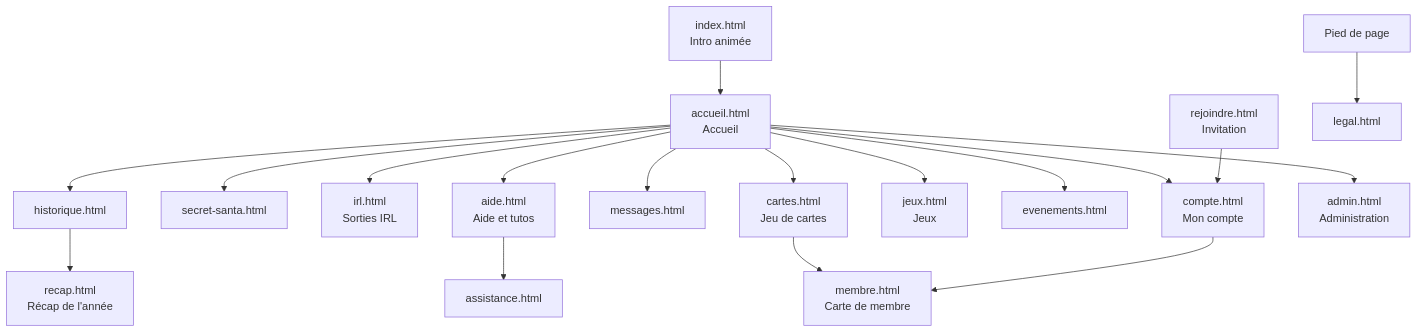
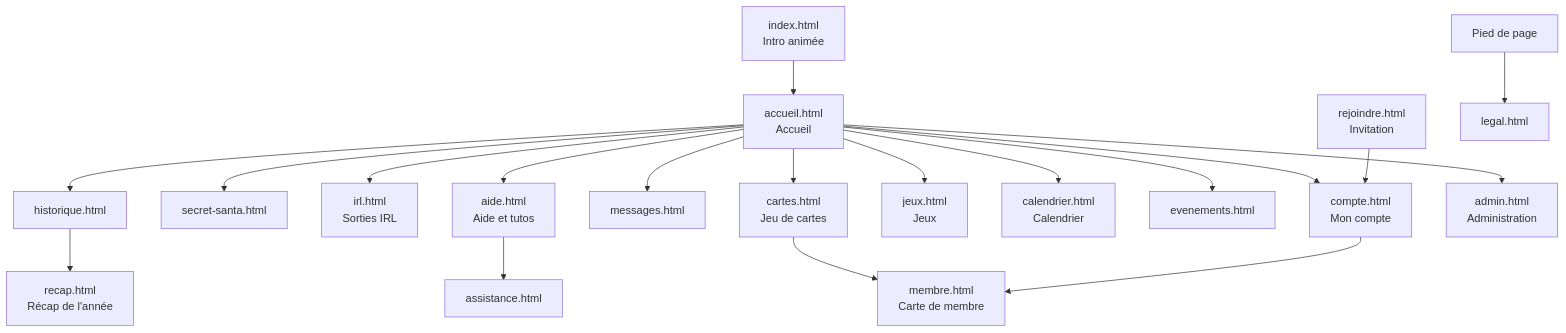
One commit to Domursan/human-gang changed the diagram in docs/PLAN-DU-SITE.md. Above: the diagram before and after it, drawn with Mermaid. The commit also changed other lines of this file and 2 other files, not shown here.

````diff
--- a/docs/PLAN-DU-SITE.md
+++ b/docs/PLAN-DU-SITE.md
@@ -8,20 +8,21 @@
 ```mermaid
 flowchart TD
   I[index.html<br/>Intro animée] --> A[accueil.html<br/>Accueil]
   R[rejoindre.html<br/>Invitation] --> C[compte.html<br/>Mon compte]
   A --> SS[secret-santa.html]
   A --> IRL[irl.html<br/>Sorties IRL]
   A --> H[historique.html]
   A --> M[messages.html]
   A --> CA[cartes.html<br/>Jeu de cartes]
   A --> JX[jeux.html<br/>Jeux]
+  A --> CAL[calendrier.html<br/>Calendrier]
   A --> EV[evenements.html]
   A --> AI[aide.html<br/>Aide et tutos]
   AI --> AS[assistance.html]
   A --> C
   C --> ME[membre.html<br/>Carte de membre]
   CA --> ME
   H --> RE[recap.html<br/>Récap de l'année]
   A --> AD[admin.html<br/>Administration]
   F[Pied de page] --> L[legal.html]
 ```
````
